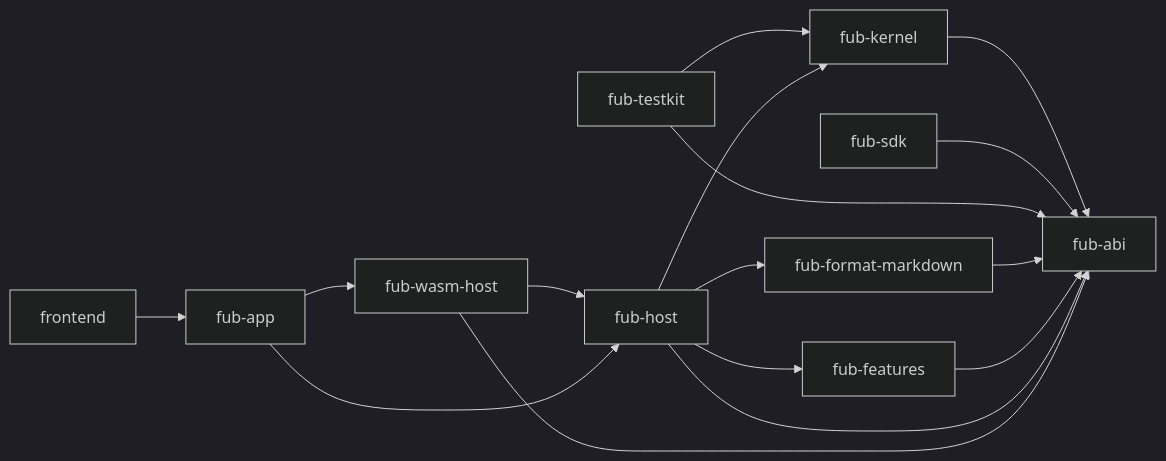
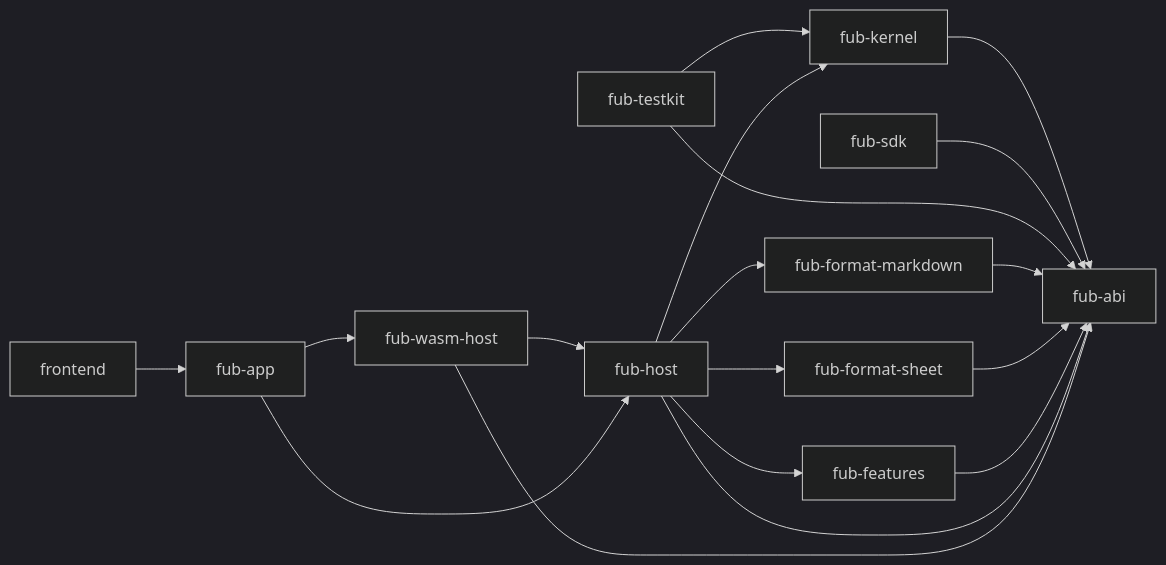
The diagram in docs/architecture/components-and-boundaries.md (Fubeo/Fub), drawn with Mermaid (dark theme) before and after one commit. The commit also changed other lines of this file and 21 other files, not shown here.

````diff
--- a/docs/architecture/components-and-boundaries.md
+++ b/docs/architecture/components-and-boundaries.md
@@ -9,19 +9,21 @@
 ```mermaid
 flowchart LR
     ABI["fub-abi"]
     KERNEL["fub-kernel"] --> ABI
     SDK["fub-sdk"] --> ABI
     TESTKIT["fub-testkit"] --> KERNEL
     TESTKIT --> ABI
     MARKDOWN["fub-format-markdown"] --> ABI
+    SHEET["fub-format-sheet"] --> ABI
     FEATURES["fub-features"] --> ABI
     HOST["fub-host"] --> KERNEL
     HOST --> ABI
     HOST --> FEATURES
     HOST --> MARKDOWN
+    HOST --> SHEET
     WASM["fub-wasm-host"] --> ABI
     WASM --> HOST
     APP["fub-app"] --> HOST
     APP --> WASM
     FRONTEND["frontend"] --> APP
 ```
````
